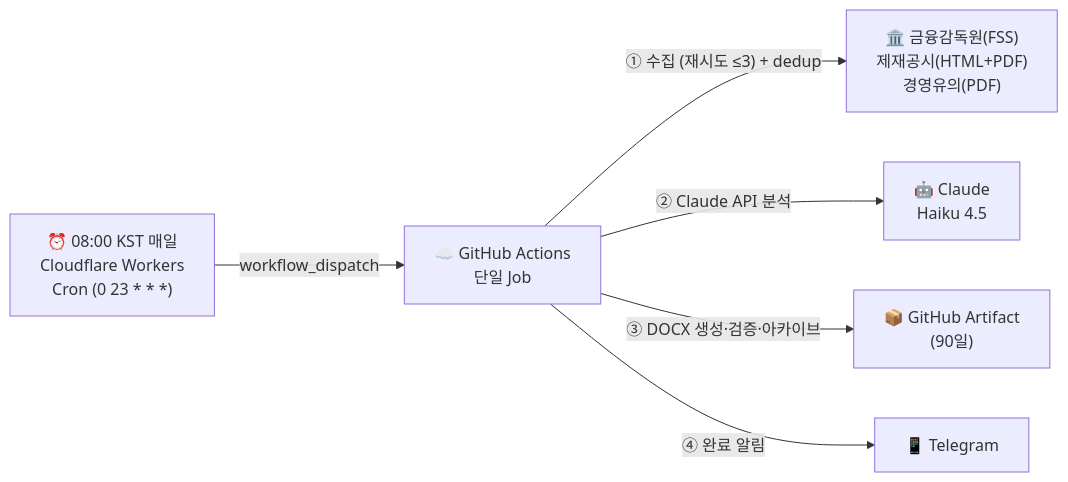
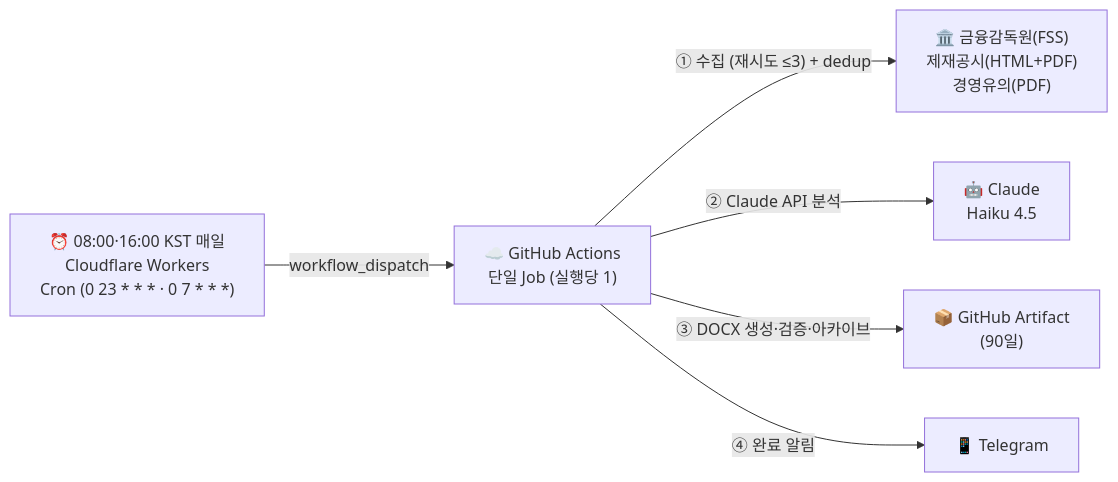
One commit to pyorocop-lang/ibk-FSS-brief changed the diagram in docs/README.md. Above: the diagram before and after it, drawn with Mermaid. The commit also changed other lines of this file and 20 other files, not shown here.

````diff
--- a/docs/README.md
+++ b/docs/README.md
@@ -80,8 +80,8 @@
 ```mermaid
 flowchart LR
-    CRON["⏰ 08:00 KST 매일\nCloudflare Workers\nCron (0 23 * * *)"] -->|"workflow_dispatch"| GH["☁️ GitHub Actions\n단일 Job"]
+    CRON["⏰ 08:00·16:00 KST 매일\nCloudflare Workers\nCron (0 23 * * * · 0 7 * * *)"] -->|"workflow_dispatch"| GH["☁️ GitHub Actions\n단일 Job (실행당 1)"]
     GH -->|"① 수집 (재시도 ≤3) + dedup"| FSS["🏛️ 금융감독원(FSS)\n제재공시(HTML+PDF)\n경영유의(PDF)"]
     GH -->|"② Claude API 분석"| CLAUDE["🤖 Claude\nHaiku 4.5"]
     GH -->|"③ DOCX 생성·검증·아카이브"| ART["📦 GitHub Artifact\n(90일)"]
     GH -->|"④ 완료 알림"| TG["📱 Telegram"]
 ```
````
